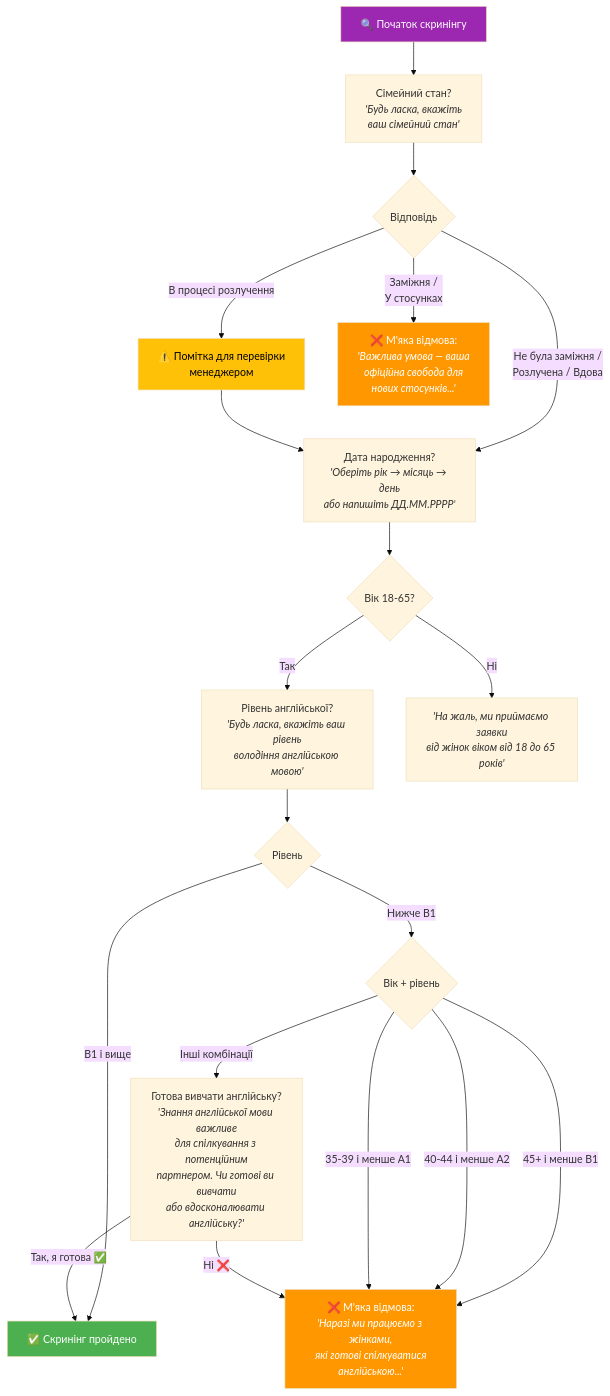
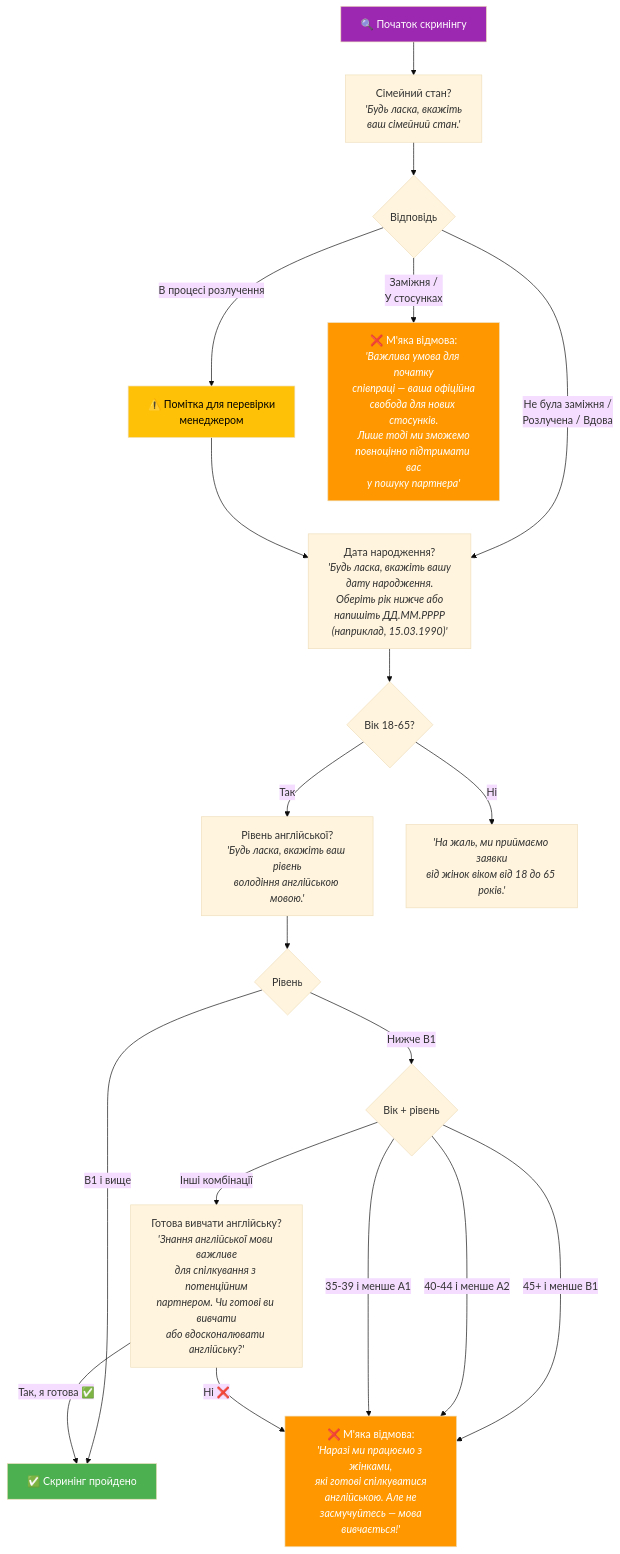
Before and after one commit to sergeytkachenko/tbot: the second of 9 diagrams in README.md, drawn with Mermaid (base theme). The commit also changed other lines of this file, not shown here.

````diff
--- a/README.md
+++ b/README.md
@@ -61,34 +66,34 @@
 ```mermaid
 flowchart TD
-    START_SCREENING["🔍 Початок скринінгу"] --> MARITAL["Сімейний стан?<br/><i>'Будь ласка, вкажіть<br/>ваш сімейний стан'</i>"]
+    START_SCREENING["🔍 Початок скринінгу"] --> MARITAL["Сімейний стан?<br/><i>'Будь ласка, вкажіть<br/>ваш сімейний стан.'</i>"]
 
     MARITAL --> M_CHOICE{Відповідь}
 
     M_CHOICE -- "Не була заміжня /<br/>Розлучена / Вдова" --> AGE_Q
     M_CHOICE -- "В процесі розлучення" --> FLAG["⚠️ Помітка для перевірки<br/>менеджером"] --> AGE_Q
-    M_CHOICE -- "Заміжня /<br/>У стосунках" --> REJECT_MARITAL["❌ М'яка відмова:<br/><i>'Важлива умова — ваша<br/>офіційна свобода для<br/>нових стосунків...'</i>"]
+    M_CHOICE -- "Заміжня /<br/>У стосунках" --> REJECT_MARITAL["❌ М'яка відмова:<br/><i>'Важлива умова для початку<br/>співпраці — ваша офіційна<br/>свобода для нових стосунків.<br/>Лише тоді ми зможемо<br/>повноцінно підтримати вас<br/>у пошуку партнера'</i>"]
 
-    AGE_Q["Дата народження?<br/><i>'Оберіть рік → місяць → день<br/>або напишіть ДД.ММ.РРРР'</i>"] --> AGE_CHECK{Вік 18-65?}
+    AGE_Q["Дата народження?<br/><i>'Будь ласка, вкажіть вашу<br/>дату народження.<br/>Оберіть рік нижче або<br/>напишіть ДД.ММ.РРРР<br/>(наприклад, 15.03.1990)'</i>"] --> AGE_CHECK{Вік 18-65?}
 
     AGE_CHECK -- "Так" --> ENGLISH
-    AGE_CHECK -- "Ні" --> AGE_ERROR["<i>'На жаль, ми приймаємо заявки<br/>від жінок віком від 18 до 65 років'</i>"]
+    AGE_CHECK -- "Ні" --> AGE_ERROR["<i>'На жаль, ми приймаємо заявки<br/>від жінок віком від 18 до 65 років.'</i>"]
 
-    ENGLISH["Рівень англійської?<br/><i>'Будь ласка, вкажіть ваш рівень<br/>володіння англійською мовою'</i>"] --> ENG_LEVEL{Рівень}
+    ENGLISH["Рівень англійської?<br/><i>'Будь ласка, вкажіть ваш рівень<br/>володіння англійською мовою.'</i>"] --> ENG_LEVEL{Рівень}
 
     ENG_LEVEL -- "B1 і вище" --> PASS["✅ Скринінг пройдено"]
     ENG_LEVEL -- "Нижче B1" --> ENG_AGE_CHECK{Вік + рівень}
 
-    ENG_AGE_CHECK -- "45+ і менше B1" --> REJECT_ENGLISH["❌ М'яка відмова:<br/><i>'Наразі ми працюємо з жінками,<br/>які готові спілкуватися<br/>англійською...'</i>"]
+    ENG_AGE_CHECK -- "45+ і менше B1" --> REJECT_ENGLISH["❌ М'яка відмова:<br/><i>'Наразі ми працюємо з жінками,<br/>які готові спілкуватися<br/>англійською. Але не<br/>засмучуйтесь — мова<br/>вивчається!'</i>"]
     ENG_AGE_CHECK -- "40-44 і менше A2" --> REJECT_ENGLISH
     ENG_AGE_CHECK -- "35-39 і менше A1" --> REJECT_ENGLISH
     ENG_AGE_CHECK -- "Інші комбінації" --> WILLING_CHECK["Готова вивчати англійську?<br/><i>'Знання англійської мови важливе<br/>для спілкування з потенційним<br/>партнером. Чи готові ви вивчати<br/>або вдосконалювати англійську?'</i>"]
 
     WILLING_CHECK -- "Так, я готова ✅" --> PASS
     WILLING_CHECK -- "Ні ❌" --> REJECT_ENGLISH
 
     style START_SCREENING fill:#9C27B0,color:#fff
     style PASS fill:#4CAF50,color:#fff
     style REJECT_MARITAL fill:#FF9800,color:#fff
     style REJECT_ENGLISH fill:#FF9800,color:#fff
     style FLAG fill:#FFC107,color:#000
 ```
````
